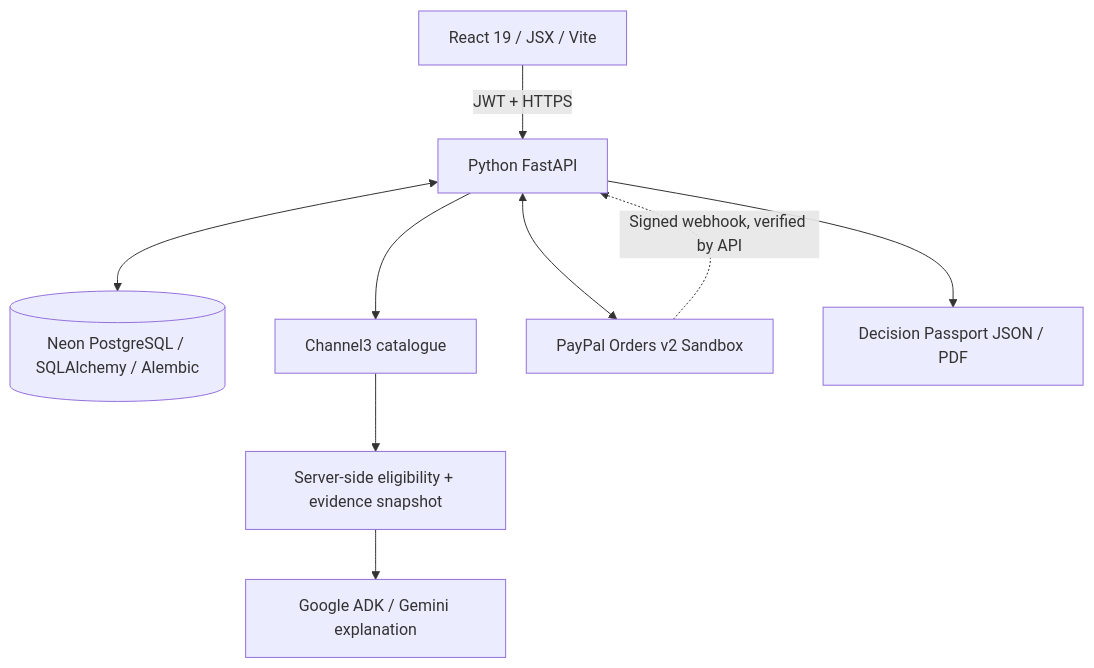
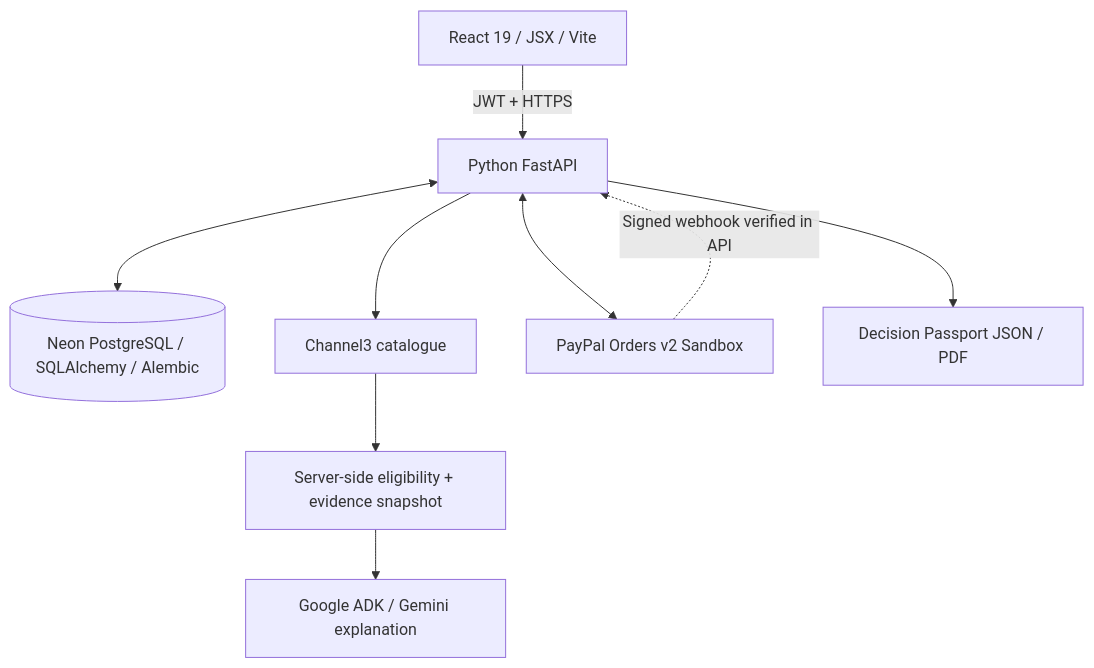
Before and after one commit to PerezChris99/ProcurePilot-AI: the first of 2 diagrams in docs/architecture.md, drawn with Mermaid.

Commit message:
docs(architecture): use standard Mermaid labelled dotted webhook arrow
Keep the provider callback model readable on GitHub's built-in Mermaid renderer without changing technical claims.

```diff
--- a/docs/architecture.md
+++ b/docs/architecture.md
@@ -9,11 +9,11 @@
 ~~~mermaid
 flowchart TD
     UI["React 19 / JSX / Vite"] -->|"JWT + HTTPS"| API["Python FastAPI"]
     API <--> DB[("Neon PostgreSQL / SQLAlchemy / Alembic")]
     API --> DISC["Channel3 catalogue"]
     DISC --> RULES["Server-side eligibility + evidence snapshot"]
     RULES --> AI["Google ADK / Gemini explanation"]
     API <--> PP["PayPal Orders v2 Sandbox"]
-    PP -. "Signed webhook, verified by API" .-> API
+    PP -.->|"Signed webhook verified in API"| API
     API --> PASS["Decision Passport JSON / PDF"]
 ~~~
```
